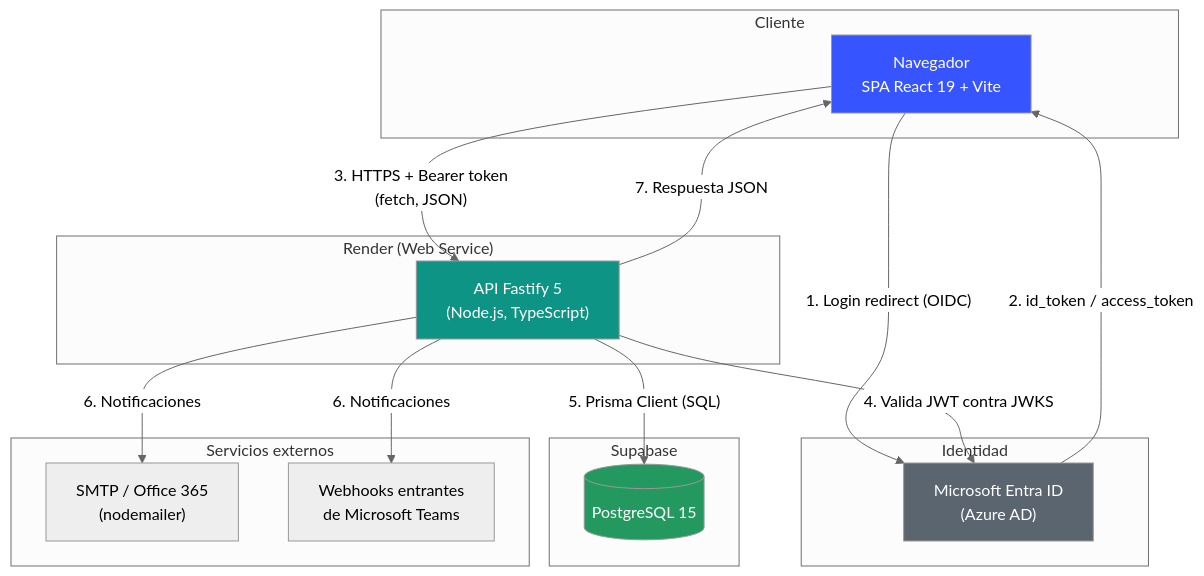
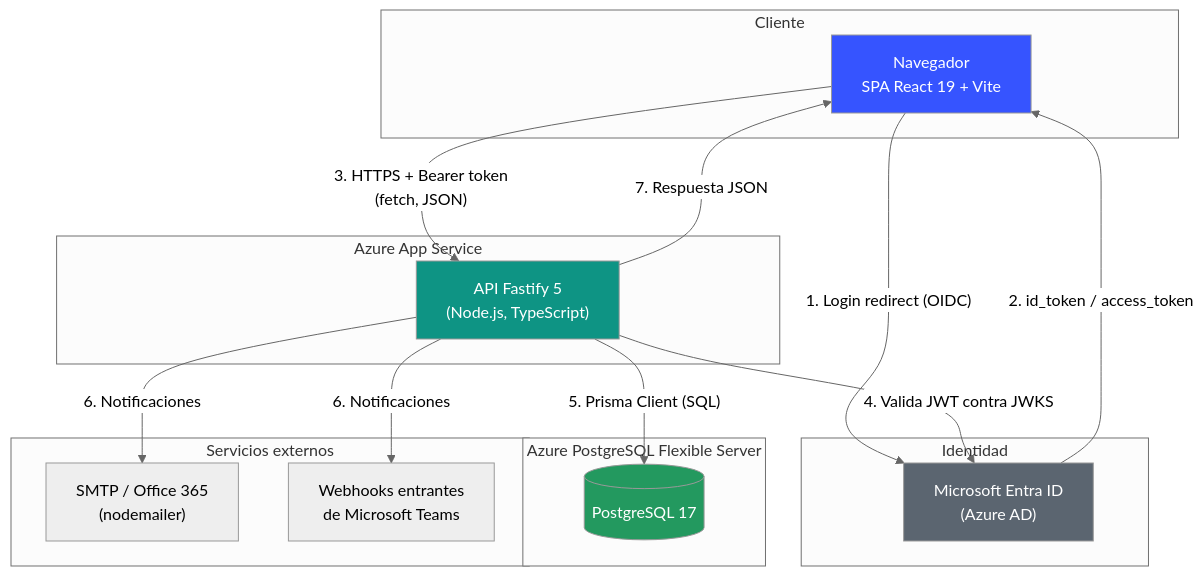
One commit to synaptica-sas/Synatrack changed the first of 7 diagrams in documentacion/DOCUMENTACION_TECNICA.md. Above: the diagram before and after it, drawn with Mermaid (neutral theme). The commit also changed other lines of this file and 17 other files, not shown here.

First line of the commit message:
Retirar Render, Vercel y la SWA vieja del repositorio y documentar el despliegue en Azure

````diff
--- a/documentacion/DOCUMENTACION_TECNICA.md
+++ b/documentacion/DOCUMENTACION_TECNICA.md
@@ -88,37 +88,37 @@
 ```mermaid
 flowchart TB
     subgraph client["Cliente"]
         Browser["Navegador\nSPA React 19 + Vite"]
     end
 
     subgraph azure["Identidad"]
         AAD["Microsoft Entra ID\n(Azure AD)"]
     end
 
-    subgraph render["Render (Web Service)"]
+    subgraph appsvc["Azure App Service"]
         API["API Fastify 5\n(Node.js, TypeScript)"]
     end
 
-    subgraph supabase["Supabase"]
-        DB[(PostgreSQL 15)]
+    subgraph pg["Azure PostgreSQL Flexible Server"]
+        DB[(PostgreSQL 17)]
     end
 
     subgraph ext["Servicios externos"]
         SMTP["SMTP / Office 365\n(nodemailer)"]
         Teams["Webhooks entrantes\nde Microsoft Teams"]
     end
 
     Browser -- "1. Login redirect (OIDC)" --> AAD
     AAD -- "2. id_token / access_token" --> Browser
     Browser -- "3. HTTPS + Bearer token\n(fetch, JSON)" --> API
     API -- "4. Valida JWT contra JWKS" --> AAD
     API -- "5. Prisma Client (SQL)" --> DB
     API -- "6. Notificaciones" --> SMTP
     API -- "6. Notificaciones" --> Teams
     API -- "7. Respuesta JSON" --> Browser
 
     style Browser fill:#3654ff,color:#fff
     style API fill:#0e9484,color:#fff
     style DB fill:#23995f,color:#fff
     style AAD fill:#5b6570,color:#fff
 ```
````
